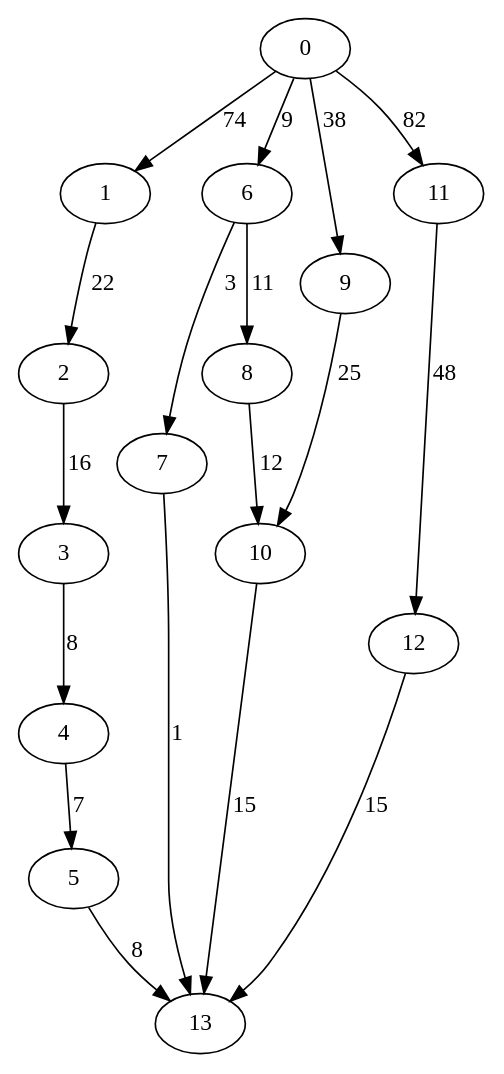
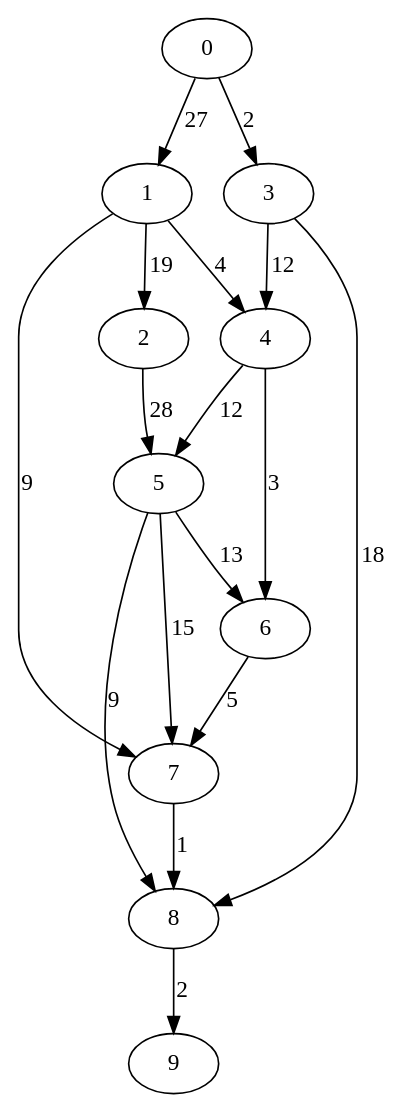
One commit to asaloniti/DagScheduling_old changed the diagram in dotfiles/data6.dot. Above: the diagram before and after it, drawn with Graphviz. The commit also changed 43 other files, not shown here.

```diff
--- a/dotfiles/data6.dot
+++ b/dotfiles/data6.dot
@@ -1,19 +1,18 @@
 digraph data6 {
-0 -> 1 [ label = 74 ];
-0 -> 6 [ label = 9 ];
-0 -> 9 [ label = 38 ];
-0 -> 11 [ label = 82 ];
-1 -> 2 [ label = 22 ];
-2 -> 3 [ label = 16 ];
-3 -> 4 [ label = 8 ];
-4 -> 5 [ label = 7 ];
-5 -> 13 [ label = 8 ];
-6 -> 7 [ label = 3 ];
-6 -> 8 [ label = 11 ];
-7 -> 13 [ label = 1 ];
-8 -> 10 [ label = 12 ];
-9 -> 10 [ label = 25 ];
-10 -> 13 [ label = 15 ];
-11 -> 12 [ label = 48 ];
-12 -> 13 [ label = 15 ];
+0 -> 1 [ label = 27 ];
+0 -> 3 [ label = 2 ];
+1 -> 2 [ label = 19 ];
+1 -> 4 [ label = 4 ];
+1 -> 7 [ label = 9 ];
+2 -> 5 [ label = 28 ];
+3 -> 4 [ label = 12 ];
+3 -> 8 [ label = 18 ];
+4 -> 5 [ label = 12 ];
+4 -> 6 [ label = 3 ];
+5 -> 6 [ label = 13 ];
+5 -> 7 [ label = 15 ];
+5 -> 8 [ label = 9 ];
+6 -> 7 [ label = 5 ];
+7 -> 8 [ label = 1 ];
+8 -> 9 [ label = 2 ];
  }
```
